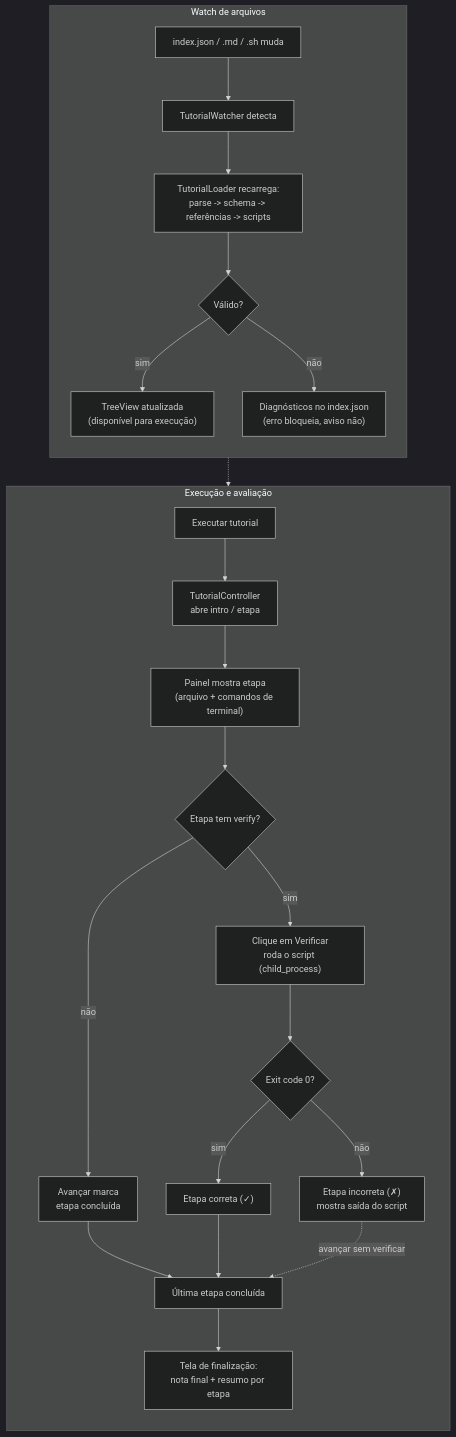
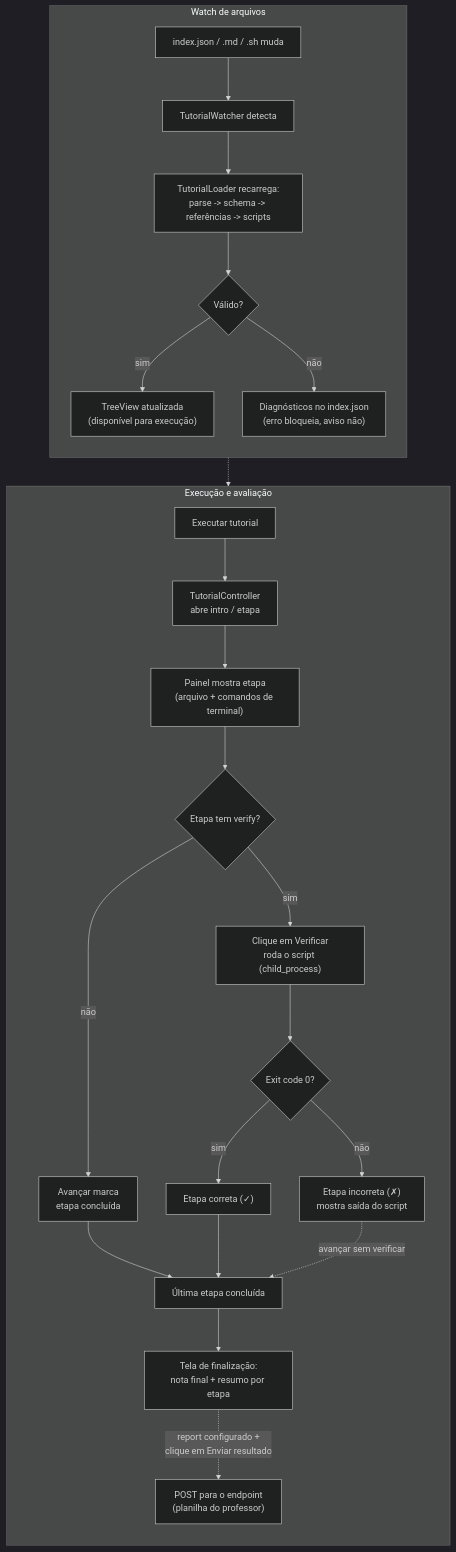
One commit to lucas-gitirana/tutoriais-interativos-microsservicos changed the diagram in README.md. Above: the diagram before and after it, drawn with Mermaid (dark theme). The commit also changed other lines of this file and 35 other files, not shown here.

````diff
--- a/README.md
+++ b/README.md
@@ -25,29 +26,30 @@
 ```mermaid
 flowchart TB
   subgraph W["Watch de arquivos"]
     direction TB
     W1["index.json / .md / .sh muda"] --> W2["TutorialWatcher detecta"]
     W2 --> W3["TutorialLoader recarrega:\nparse -> schema -> referências -> scripts"]
     W3 --> W4{"Válido?"}
     W4 -->|sim| W5["TreeView atualizada\n(disponível para execução)"]
     W4 -->|não| W6["Diagnósticos no index.json\n(erro bloqueia, aviso não)"]
   end
 
   subgraph E["Execução e avaliação"]
     direction TB
     E1["Executar tutorial"] --> E2["TutorialController\nabre intro / etapa"]
     E2 --> E3["Painel mostra etapa\n(arquivo + comandos de terminal)"]
     E3 --> E4{"Etapa tem verify?"}
     E4 -->|não| E5["Avançar marca\netapa concluída"]
     E4 -->|sim| E6["Clique em Verificar\nroda o script (child_process)"]
     E6 --> E7{"Exit code 0?"}
     E7 -->|sim| E8["Etapa correta (✓)"]
     E7 -->|não| E9["Etapa incorreta (✗)\nmostra saída do script"]
     E5 --> E10["Última etapa concluída"]
     E8 --> E10
     E9 -.->|avançar sem verificar| E10
     E10 --> E11["Tela de finalização:\nnota final + resumo por etapa"]
+    E11 -.->|"report configurado +\nclique em Enviar resultado"| E12["POST para o endpoint\n(planilha do professor)"]
   end
 
   W5 -.-> E1
 ```
````
